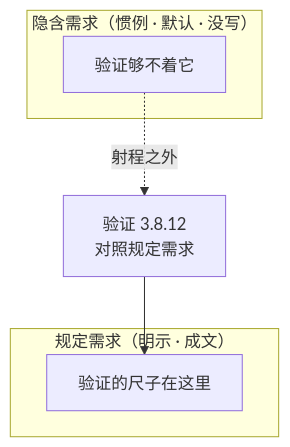
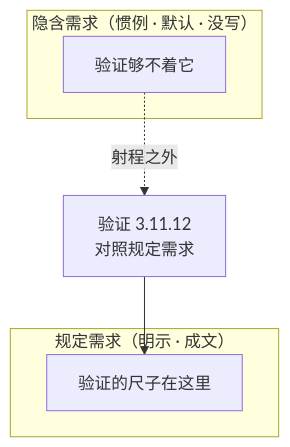
One commit to Yongjunzhou/AOS-system-design changed the diagram in 100-subprojects/01-系统工程研究/03-架构师是个怎样的物种/成书/build/.mmd/ch08-fig02.mmd. Above: the diagram before and after it, drawn with Mermaid. The commit also changed 106 other files, not shown here.

First line of the commit message:
[教材] 新增第15章「架构定义落地：从目的到架构视图」＋全章顺延（15 整合→16、16 架构师→17）＋成书重建

```diff
--- a/100-subprojects/01-系统工程研究/03-架构师是个怎样的物种/成书/build/.mmd/ch08-fig02.mmd
+++ b/100-subprojects/01-系统工程研究/03-架构师是个怎样的物种/成书/build/.mmd/ch08-fig02.mmd
@@ -1,9 +1,9 @@
 flowchart TB
     subgraph 规定["规定需求（明示 · 成文）"]
         D["验证的尺子在这里"]
     end
     subgraph 隐含["隐含需求（惯例 · 默认 · 没写）"]
         H["验证够不着它"]
     end
-    V["验证 3.8.12<br/>对照规定需求"] --> D
+    V["验证 3.11.12<br/>对照规定需求"] --> D
     H -.->|"射程之外"| V
```
